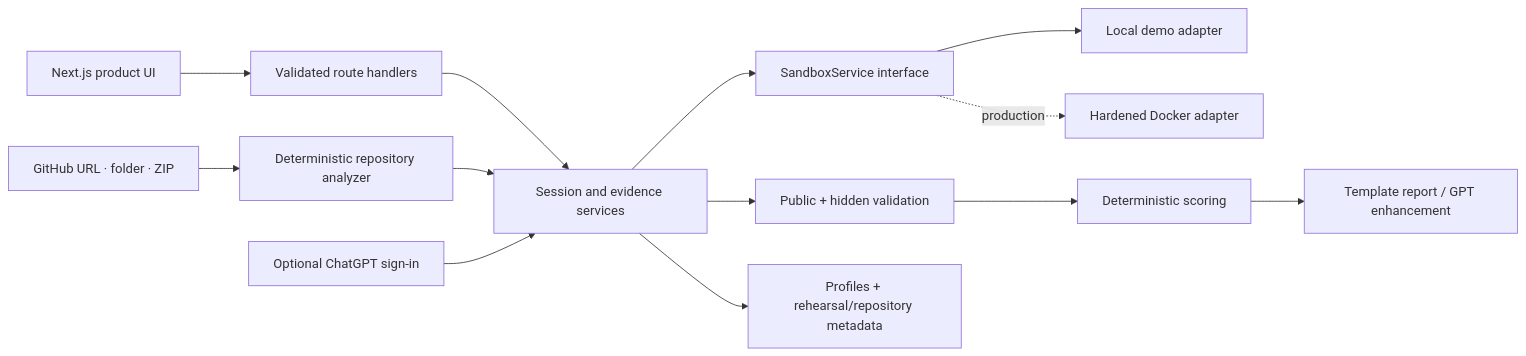
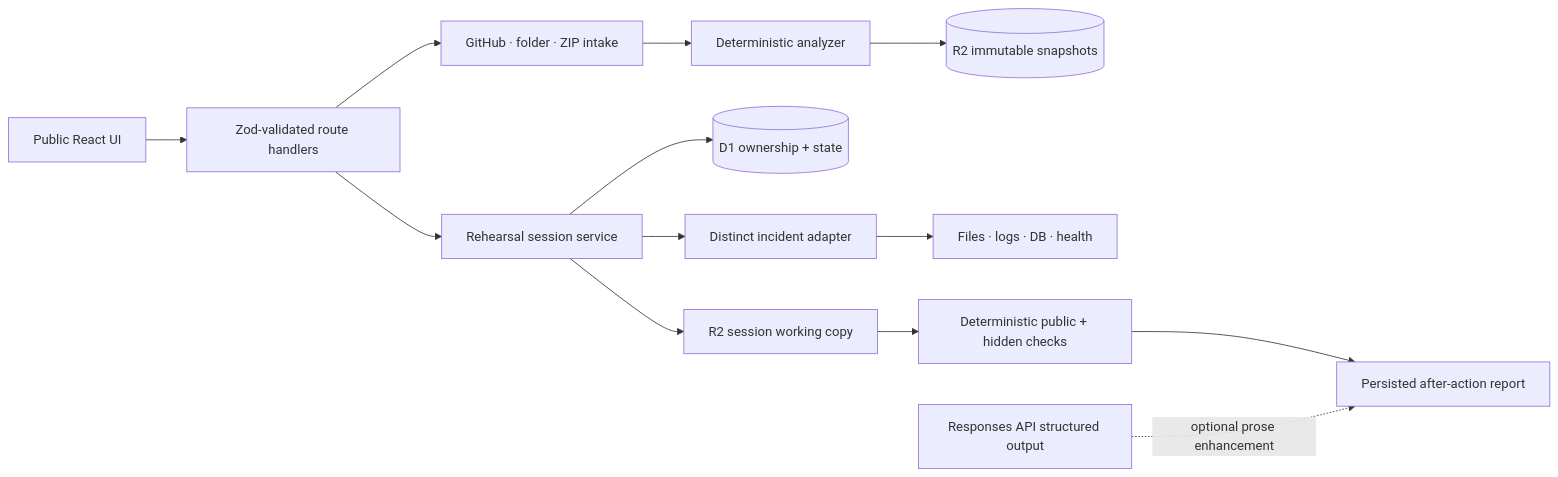
Before and after one commit to agcodin/reporehearsal: the diagram in docs/ARCHITECTURE.md, drawn with Mermaid. The commit also changed other lines of this file and 63 other files, not shown here.

Commit message:
feat: complete production rehearsal lifecycle

````diff
--- a/docs/ARCHITECTURE.md
+++ b/docs/ARCHITECTURE.md
@@ -5,15 +5,15 @@
 ```mermaid
 flowchart LR
-  UI[Next.js product UI] --> API[Validated route handlers]
-  API --> Sessions[Session and evidence services]
-  Sessions --> Sandbox[SandboxService interface]
-  Sandbox --> Local[Local demo adapter]
-  Sandbox -. production .-> Docker[Hardened Docker adapter]
-  Sessions --> Validate[Public + hidden validation]
-  Validate --> Score[Deterministic scoring]
-  Score --> Report[Template report / GPT enhancement]
-  Analyzer[Deterministic repository analyzer] --> Sessions
-  Intake[GitHub URL · folder · ZIP] --> Analyzer
-  Auth[Optional ChatGPT sign-in] --> Sessions
-  Sessions --> D1[Profiles + rehearsal/repository metadata]
+  UI[Public React UI] --> API[Zod-validated route handlers]
+  API --> Intake[GitHub · folder · ZIP intake]
+  Intake --> Analyzer[Deterministic analyzer]
+  Analyzer --> R2[(R2 immutable snapshots)]
+  API --> Sessions[Rehearsal session service]
+  Sessions --> D1[(D1 ownership + state)]
+  Sessions --> Work[R2 session working copy]
+  Sessions --> Scenario[Distinct incident adapter]
+  Scenario --> Evidence[Files · logs · DB · health]
+  Work --> Validate[Deterministic public + hidden checks]
+  Validate --> Report[Persisted after-action report]
+  OpenAI[Responses API structured output] -. optional prose enhancement .-> Report
 ```
````
